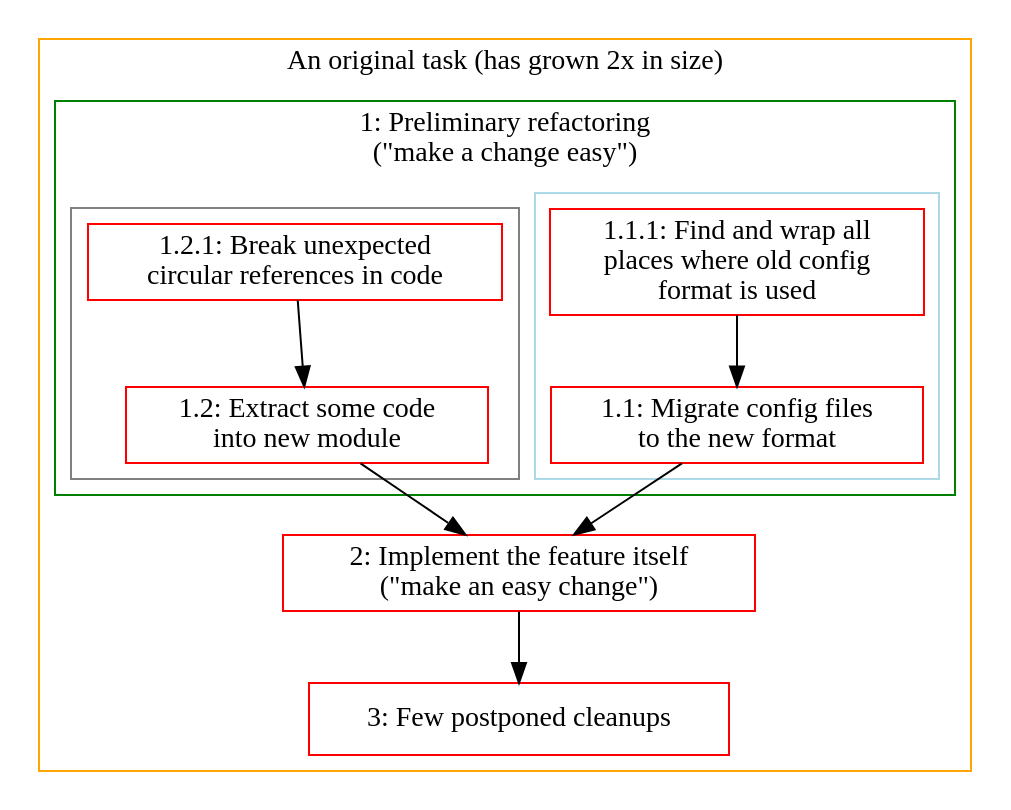
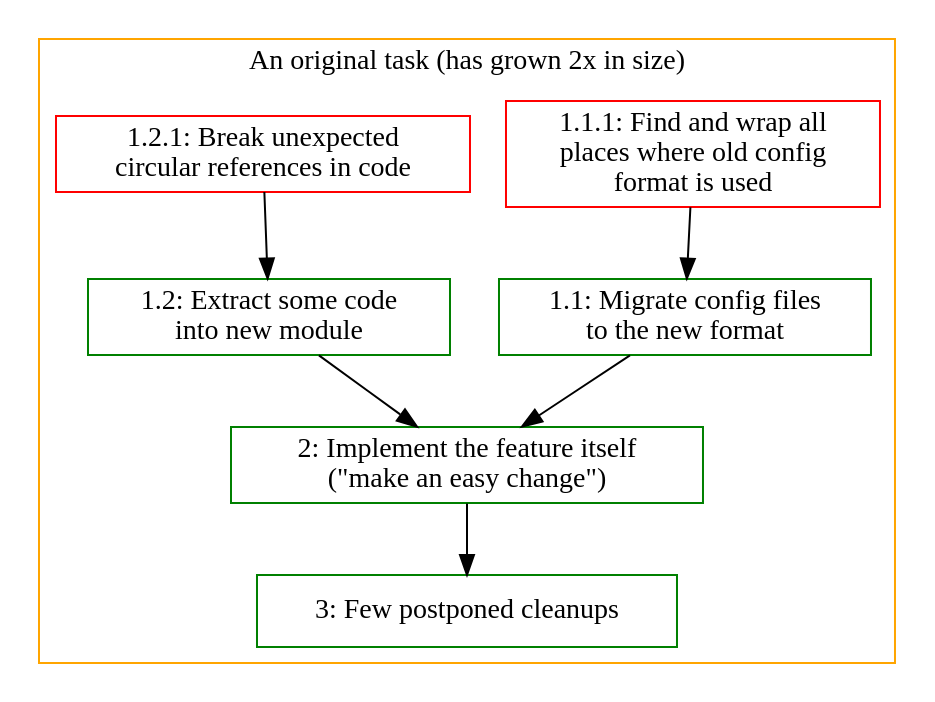
One commit to ahitrin/ahitrin.github.com changed the diagram in src/list-vs-fractals/3.dot. Above: the diagram before and after it, drawn with Graphviz. The commit also changed 14 other files, not shown here.

```diff
--- a/src/list-vs-fractals/3.dot
+++ b/src/list-vs-fractals/3.dot
@@ -1,40 +1,27 @@
 digraph g {
-node [shape=box, color=red];
+node [shape=box, color=green];
 edge [color=black];
 subgraph cluster_0 {
-    color=orange;
-    label = "An original task (has grown 2x in size)";
-    subgraph cluster_1 {
-        color = green;
-        label="1: Preliminary refactoring
-(&quot;make a change easy&quot;)";
+color=orange;
+label = "An original task (has grown 2x in size)";
 
-        subgraph cluster_2 {
-            label = "";
-            color = lightblue;
-            6 [label="1.1: Migrate config files
+6 [label="1.1: Migrate config files
 to the new format"];
-            7 [label="1.1.1: Find and wrap all
+7 [label="1.1.1: Find and wrap all
 places where old config
-format is used"];
-            7 -> 6;
-        }
+format is used", color=red];
 
-        subgraph cluster_3 {
-            color = grey;
-            label = "";
-            5 [label="1.2: Extract some code
+5 [label="1.2: Extract some code
 into new module"];
-            8 [label="1.2.1: Break unexpected
-circular references in code"];
-            8 -> 5;
-        }
-    }
+8 [label="1.2.1: Break unexpected
+circular references in code", color=red];
 3 [label="2: Implement the feature itself
 (&quot;make an easy change&quot;)"];
 4 [label="3: Few postponed cleanups"];
 3 -> 4;
 5 -> 3;
 6 -> 3;
+7 -> 6;
+8 -> 5;
 }
 }
```
